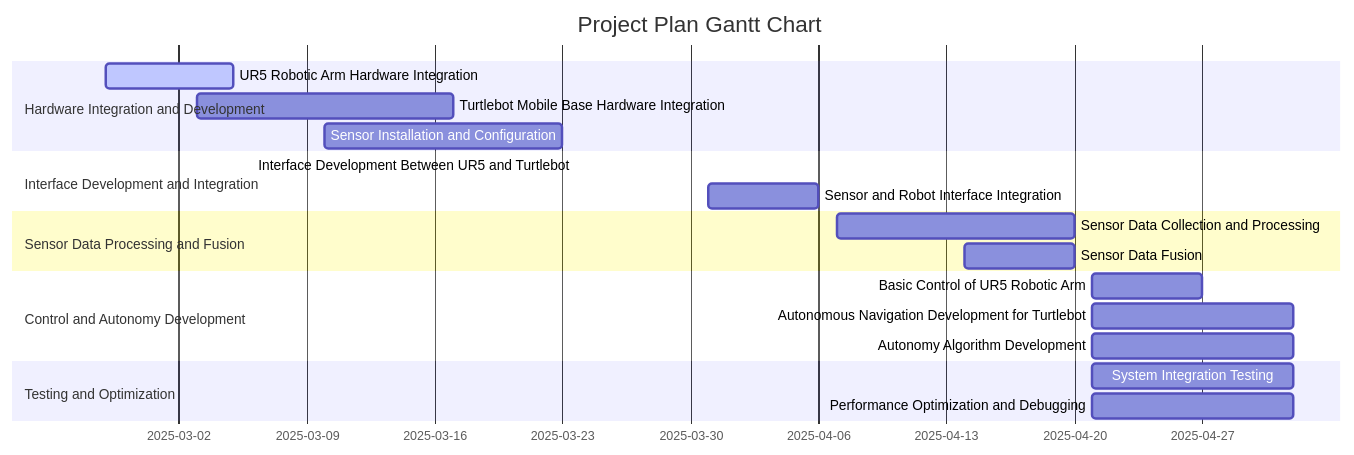
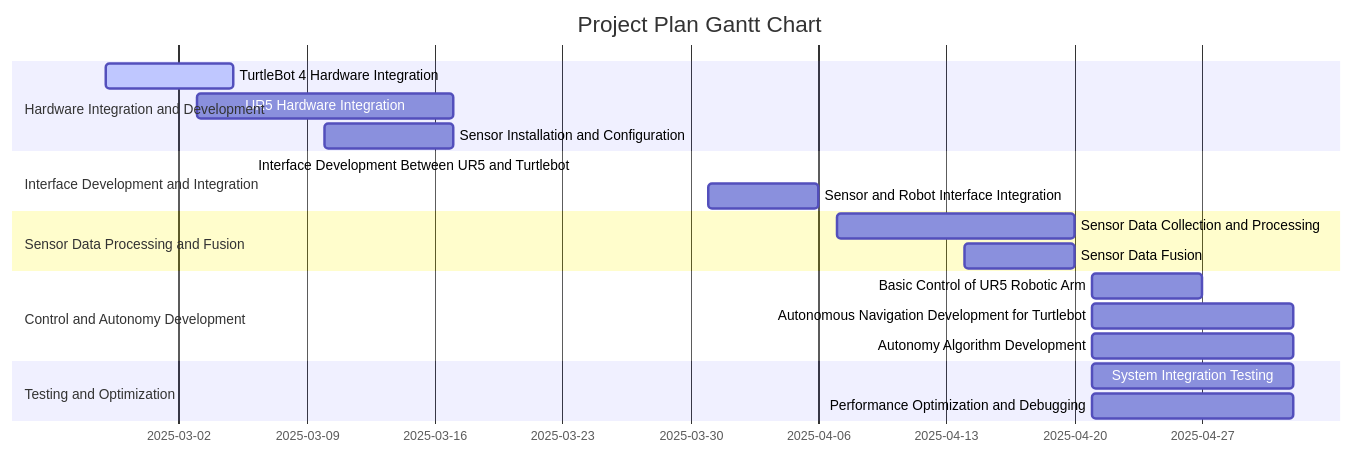
The diagram in docs/timeline.md (RAS598-2025-S-Team12/RAS598-2025-S-Team12.github.io), drawn with Mermaid before and after one commit.

````diff
--- a/docs/timeline.md
+++ b/docs/timeline.md
@@ -6,31 +6,31 @@
 ``` mermaid
 
 gantt
     title Project Plan Gantt Chart
     dateFormat  YYYY-MM-DD
 
     section Hardware Integration and Development
-    UR5 Robotic Arm Hardware Integration           :active, task2_1, 2025-02-26, 2025-03-05
-    Turtlebot Mobile Base Hardware Integration     :task2_2, 2025-03-03, 2025-03-17
-    Sensor Installation and Configuration          :task2_3, 2025-03-10, 2025-03-23
+    TurtleBot 4 Hardware Integration           :active, task2_1, 2025-02-26, 2025-03-05
+    UR5 Hardware Integration     :task2_2, 2025-03-03, 2025-03-17
+    Sensor Installation and Configuration          :task2_3, 2025-03-10, 2025-03-17
 
     section Interface Development and Integration
     Interface Development Between UR5 and Turtlebot :task3_1, 2025-03-24, 2025-03-06
     Sensor and Robot Interface Integration          :task3_2, 2025-03-31, 2025-04-06
 
     section Sensor Data Processing and Fusion
     Sensor Data Collection and Processing           :task4_1, 2025-04-07, 2025-04-20
     Sensor Data Fusion                              :task4_2, 2025-04-14, 2025-04-20
 
     section Control and Autonomy Development
     Basic Control of UR5 Robotic Arm               :task5_1, 2025-04-21, 2025-04-27
     Autonomous Navigation Development for Turtlebot :task5_2, 2025-04-21, 2025-05-02
     Autonomy Algorithm Development                 :task5_3, 2025-04-21, 2025-05-02
 
     section Testing and Optimization
     System Integration Testing                     :task6_1, 2025-04-21, 2025-05-02
     Performance Optimization and Debugging         :task6_2, 2025-04-21, 2025-05-02
 
 
 
 ```
````
